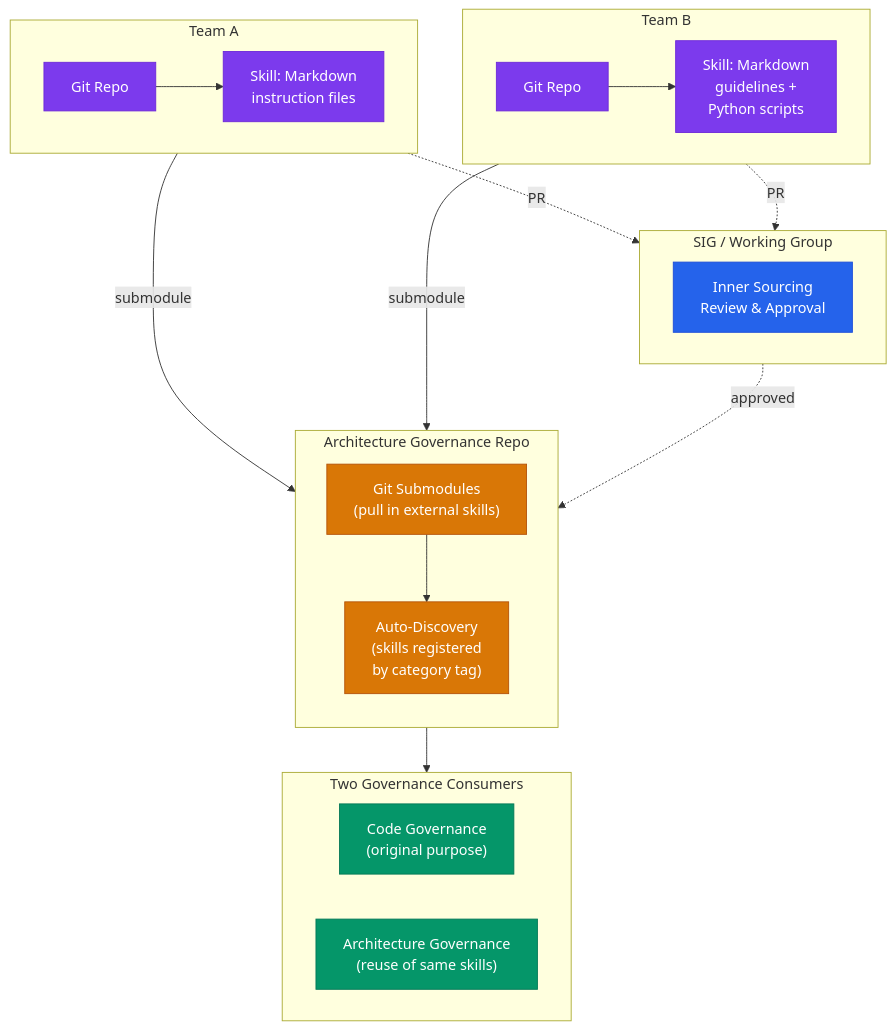
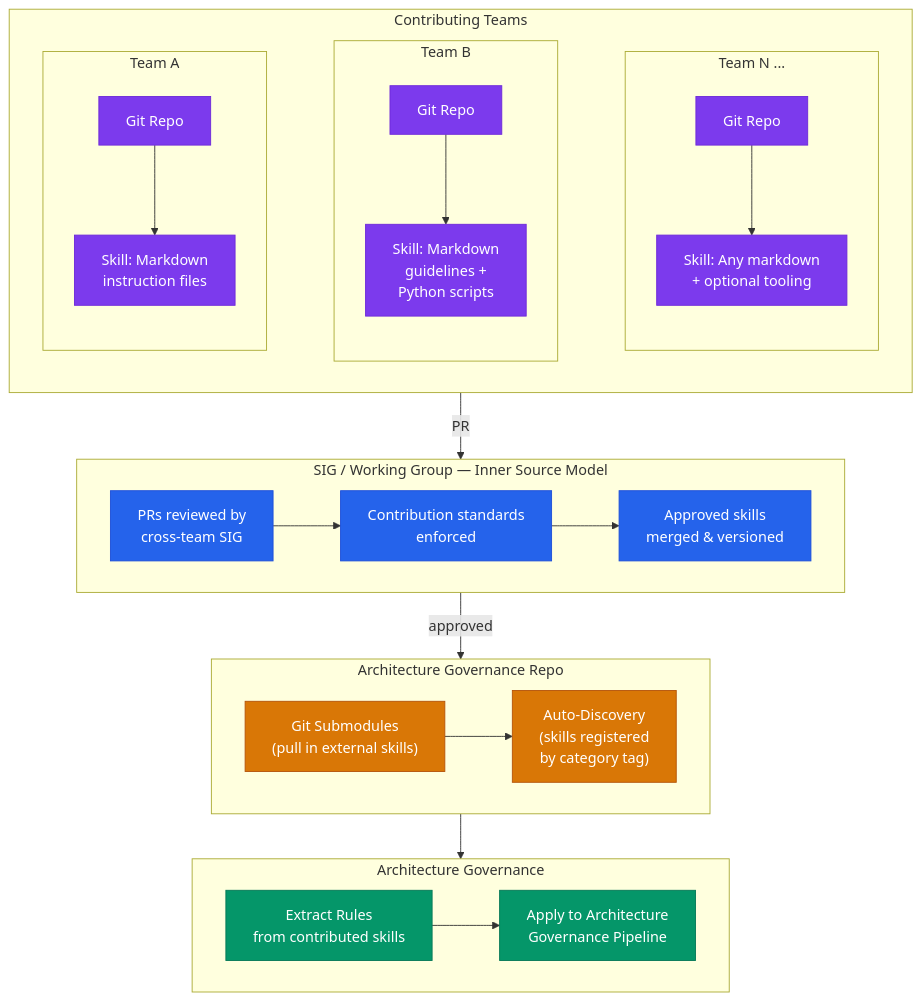
Before and after one commit to byrash/architecture-governance: the eighth of 10 diagrams in docs/lifecycle.md, drawn with Mermaid. The commit also changed other lines of this file, not shown here.

````diff
--- a/docs/lifecycle.md
+++ b/docs/lifecycle.md
@@ -384,44 +392,54 @@
 ```mermaid
 flowchart TB
     classDef team fill:#7C3AED,color:#fff,stroke:#6D28D9
     classDef govrepo fill:#D97706,color:#fff,stroke:#B45309
     classDef consumer fill:#059669,color:#fff,stroke:#047857
     classDef sig fill:#2563EB,color:#fff,stroke:#1D4ED8
 
-    subgraph teamA [Team A]
-        TA_REPO["Git Repo"]:::team
-        TA_SKILL["Skill: Markdown<br/>instruction files"]:::team
-        TA_REPO --> TA_SKILL
+    subgraph teams [Contributing Teams]
+        direction LR
+        subgraph teamA [Team A]
+            direction TB
+            TA_REPO["Git Repo"]:::team
+            TA_SKILL["Skill: Markdown<br/>instruction files"]:::team
+            TA_REPO --> TA_SKILL
+        end
+        subgraph teamB [Team B]
+            direction TB
+            TB_REPO["Git Repo"]:::team
+            TB_SKILL["Skill: Markdown<br/>guidelines +<br/>Python scripts"]:::team
+            TB_REPO --> TB_SKILL
+        end
+        subgraph teamN [Team N ...]
+            direction TB
+            TN_REPO["Git Repo"]:::team
+            TN_SKILL["Skill: Any markdown<br/>+ optional tooling"]:::team
+            TN_REPO --> TN_SKILL
+        end
+        teamA ~~~ teamB ~~~ teamN
     end
 
-    subgraph teamB [Team B]
-        TB_REPO["Git Repo"]:::team
-        TB_SKILL["Skill: Markdown<br/>guidelines +<br/>Python scripts"]:::team
-        TB_REPO --> TB_SKILL
+    subgraph sigReview ["SIG&nbsp;/&nbsp;Working&nbsp;Group&nbsp;—&nbsp;Inner&nbsp;Source&nbsp;Model"]
+        direction LR
+        SIG_PR["PRs reviewed by<br/>cross-team SIG"]:::sig
+        SIG_STD["Contribution standards<br/>enforced"]:::sig
+        SIG_APP["Approved skills<br/>merged & versioned"]:::sig
+        SIG_PR --> SIG_STD --> SIG_APP
     end
 
     subgraph govRepo [Architecture Governance Repo]
-        direction TB
+        direction LR
         SUB["Git Submodules<br/>(pull in external skills)"]:::govrepo
         DISC["Auto-Discovery<br/>(skills registered<br/>by category tag)"]:::govrepo
         SUB --> DISC
     end
 
-    subgraph consumers [Two Governance Consumers]
+    subgraph consumers [Architecture Governance]
         direction LR
-        CG["Code Governance<br/>(original purpose)"]:::consumer
-        AG["Architecture Governance<br/>(reuse of same skills)"]:::consumer
+        EX["Extract Rules<br/>from contributed skills"]:::consumer
+        AG["Apply to Architecture<br/>Governance Pipeline"]:::consumer
+        EX --> AG
     end
 
-    teamA -->|"submodule"| SUB
-    teamB -->|"submodule"| SUB
-    DISC --> consumers
-
-    subgraph sigReview [SIG / Working Group]
-        SIG["Inner Sourcing<br/>Review & Approval"]:::sig
-    end
-
-    teamA -.->|"PR"| sigReview
-    teamB -.->|"PR"| sigReview
-    sigReview -.->|"approved"| SUB
+    teams -->|"PR"| sigReview -->|"approved"| govRepo --> consumers
 ```
````
